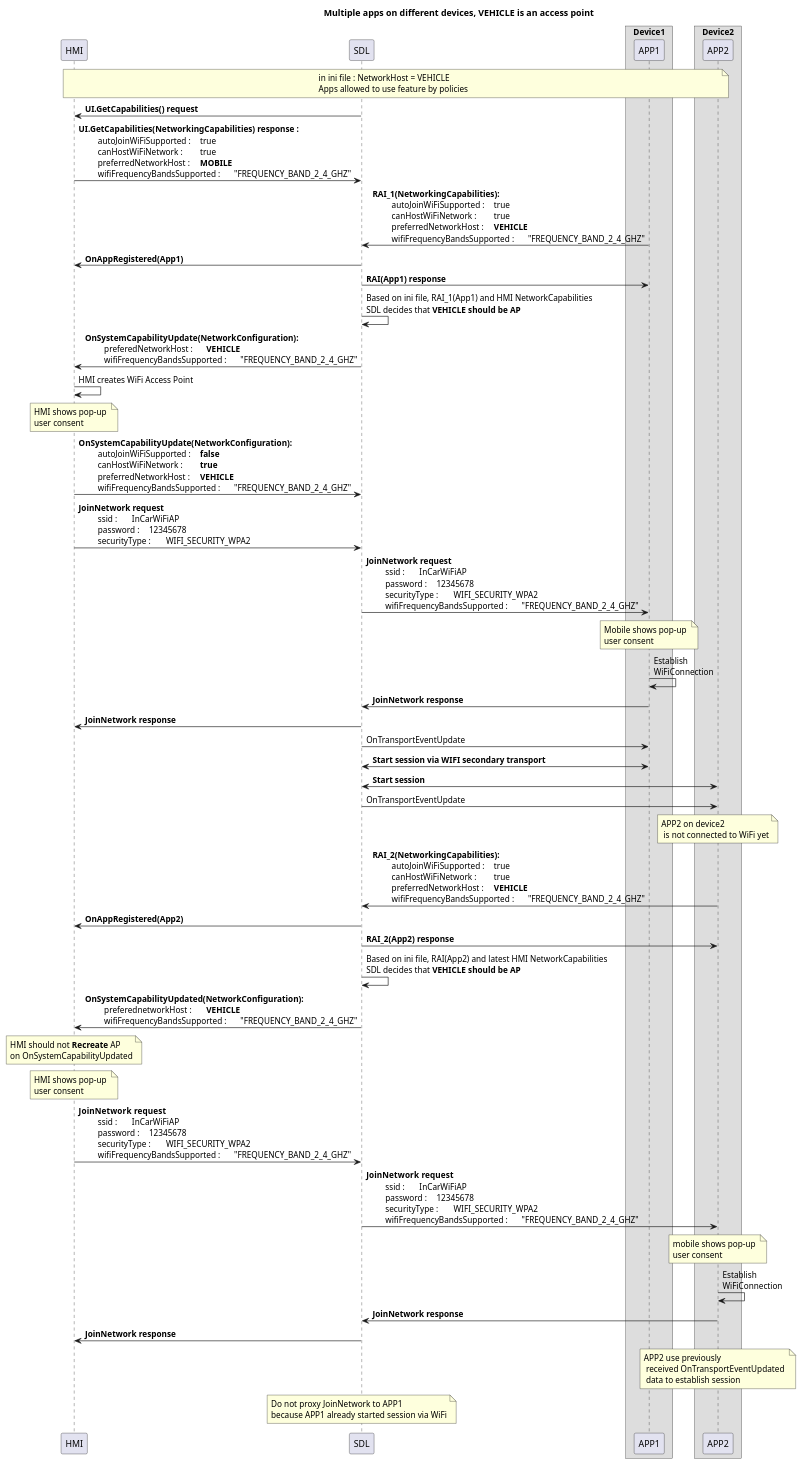
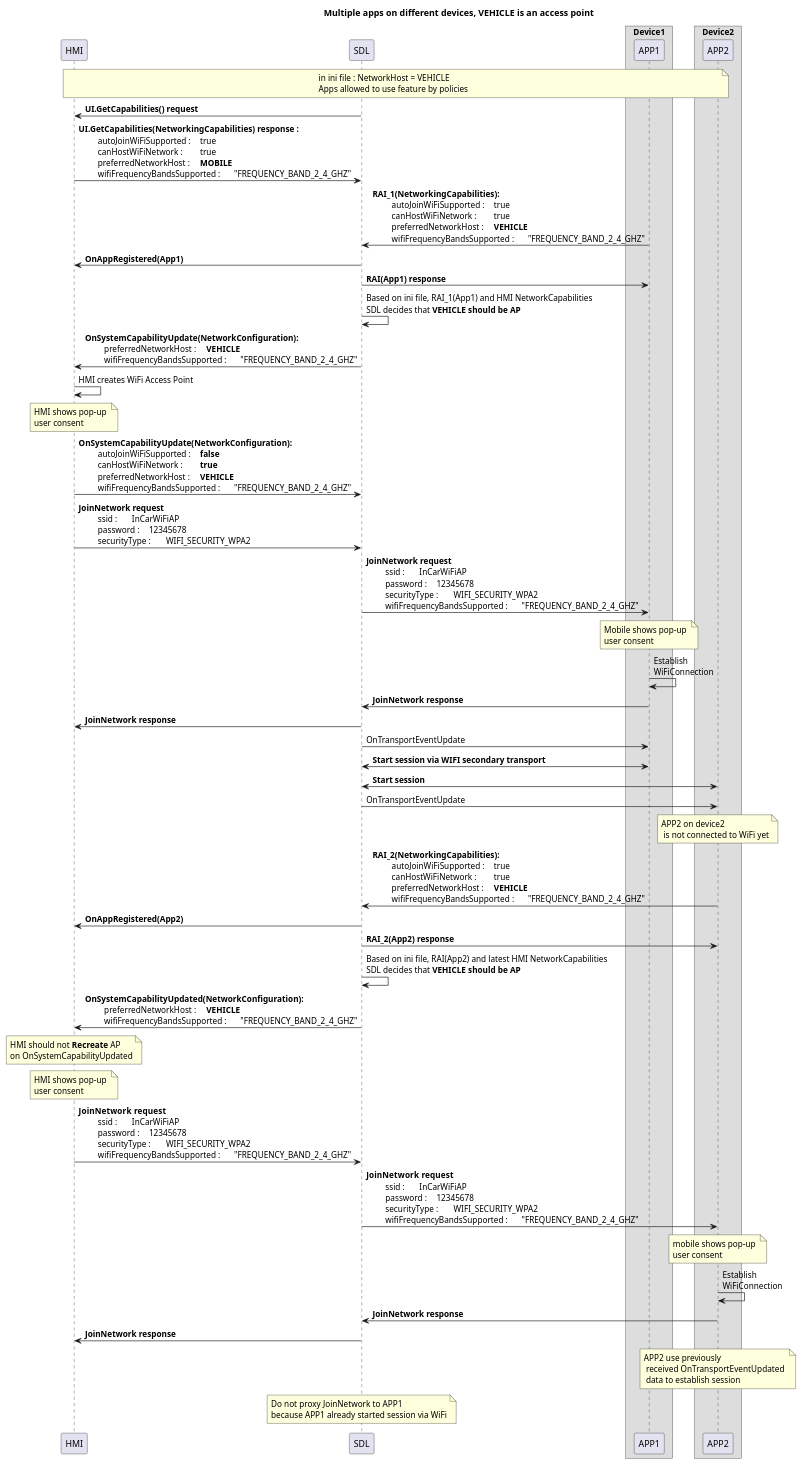
The diagram in assets/proposals/0245-sharing-wifi-ssid-and-password/vehicle_access_point_multidev.puml (smartdevicelink/sdl_evolution), drawn with PlantUML before and after one commit. The commit also changed 5 other files, not shown here.

```diff
--- a/assets/proposals/0245-sharing-wifi-ssid-and-password/vehicle_access_point_multidev.puml
+++ b/assets/proposals/0245-sharing-wifi-ssid-and-password/vehicle_access_point_multidev.puml
@@ -1,128 +1,128 @@
 @startuml
 !pragma teoz true
 
 title Multiple apps on different devices, VEHICLE is an access point
 participant HMI
 participant SDL
 box "Device1"
 participant APP1
 end box
 box "Device2"
 participant APP2
 end box
 
 note over HMI, APP2: in ini file : NetworkHost = VEHICLE \n\
 Apps allowed to use feature by policies
 
 SDL -> HMI : <b>UI.GetCapabilities() request
 HMI -> SDL : <b>UI.GetCapabilities(NetworkingCapabilities) response : \n\
 \t autoJoinWiFiSupported : \t true \n\
 \t canHostWiFiNetwork : \t true \n\
 \t preferredNetworkHost : \t **MOBILE** \n\
 \t wifiFrequencyBandsSupported : \t "FREQUENCY_BAND_2_4_GHZ" 
 
 APP1 -> SDL : <b>RAI_1(NetworkingCapabilities): \n\
 \t autoJoinWiFiSupported : \t true \n\
 \t canHostWiFiNetwork : \t true \n\
 \t preferredNetworkHost : \t **VEHICLE** \n\
 \t wifiFrequencyBandsSupported : \t "FREQUENCY_BAND_2_4_GHZ" 
 
 SDL -> HMI : <b>OnAppRegistered(App1) 
 SDL -> APP1 : <b>RAI(App1) response 
 
 
 SDL -> SDL : Based on ini file, RAI_1(App1) and HMI NetworkCapabilities\n\
 SDL decides that **VEHICLE should be AP** 
 
 SDL -> HMI:  <b>OnSystemCapabilityUpdate(NetworkConfiguration): \n\
-\t preferedNetworkHost : \t **VEHICLE** \n\
+\t preferredNetworkHost : \t **VEHICLE** \n\
 \t wifiFrequencyBandsSupported : \t "FREQUENCY_BAND_2_4_GHZ" 
 
 HMI -> HMI : HMI creates WiFi Access Point
 
 note over HMI: HMI shows pop-up \n\
 user consent 
 
 HMI -> SDL:  <b>OnSystemCapabilityUpdate(NetworkConfiguration): \n\
 \t autoJoinWiFiSupported : \t **false** \n\
 \t canHostWiFiNetwork : \t **true**  \n\
 \t preferredNetworkHost : \t **VEHICLE** \n\
 \t wifiFrequencyBandsSupported : \t "FREQUENCY_BAND_2_4_GHZ" 
 
 HMI -> SDL: <b>JoinNetwork request\n\
 \t ssid : \t InCarWiFiAP \n\
 \t password : \t 12345678 \n\
 \t securityType : \t WIFI_SECURITY_WPA2 
 
 SDL -> APP1: <b>JoinNetwork request\n\
 \t ssid : \t InCarWiFiAP \n\
 \t password : \t 12345678 \n\
 \t securityType : \t WIFI_SECURITY_WPA2 \n\
 \t wifiFrequencyBandsSupported : \t "FREQUENCY_BAND_2_4_GHZ" 
 
 note over APP1: Mobile shows pop-up \n\
 user consent 
 
 APP1 -> APP1 : Establish  \n\
 WiFiConnection
 
 APP1 -> SDL : <b>JoinNetwork response
 SDL -> HMI : <b>JoinNetwork response
 SDL -> APP1 : OnTransportEventUpdate
 
 APP1 <-> SDL : <b>Start session via WIFI secondary transport
 
 APP2 <-> SDL : <b>Start session 
 SDL -> APP2 : OnTransportEventUpdate
 
 note over APP2: APP2 on device2 \n is not connected to WiFi yet
 
 APP2 -> SDL : <b>RAI_2(NetworkingCapabilities): \n\
 \t autoJoinWiFiSupported : \t true \n\
 \t canHostWiFiNetwork : \t true \n\
 \t preferredNetworkHost : \t **VEHICLE** \n\
 \t wifiFrequencyBandsSupported : \t "FREQUENCY_BAND_2_4_GHZ" 
 
 SDL -> HMI : <b>OnAppRegistered(App2) 
 SDL -> APP2 : <b>RAI_2(App2) response 
 
 SDL -> SDL : Based on ini file, RAI(App2) and latest HMI NetworkCapabilities\n\
 SDL decides that **VEHICLE should be AP** 
 
 SDL -> HMI:  <b>OnSystemCapabilityUpdated(NetworkConfiguration): \n\
-\t preferednetworkHost : \t **VEHICLE** \n\
+\t preferredNetworkHost : \t **VEHICLE** \n\
 \t wifiFrequencyBandsSupported : \t "FREQUENCY_BAND_2_4_GHZ" 
 
 note over HMI: HMI should not **Recreate** AP \n\
 on OnSystemCapabilityUpdated
 
 note over HMI: HMI shows pop-up \n\
 user consent 
 
 HMI -> SDL: <b>JoinNetwork  request\n\
 \t ssid : \t InCarWiFiAP \n\
 \t password : \t 12345678 \n\
 \t securityType : \t WIFI_SECURITY_WPA2 \n\
 \t wifiFrequencyBandsSupported : \t "FREQUENCY_BAND_2_4_GHZ" 
 
 
 SDL -> APP2: <b>JoinNetwork  request\n\
 \t ssid : \t InCarWiFiAP \n\
 \t password : \t 12345678 \n\
 \t securityType : \t WIFI_SECURITY_WPA2 \n\
 \t wifiFrequencyBandsSupported : \t "FREQUENCY_BAND_2_4_GHZ" 
 
 note over APP2: mobile shows pop-up \n\
 user consent 
 
 APP2 -> APP2 : Establish  \n\
 WiFiConnection
 
 APP2 -> SDL : <b>JoinNetwork response
 SDL -> HMI : <b>JoinNetwork response
 note over APP2: APP2 use previously \n received OnTransportEventUpdated \n data to establish session
 
 note over SDL: Do not proxy JoinNetwork to APP1 \n\
 because APP1 already started session via WiFi
 
 @enduml
```
